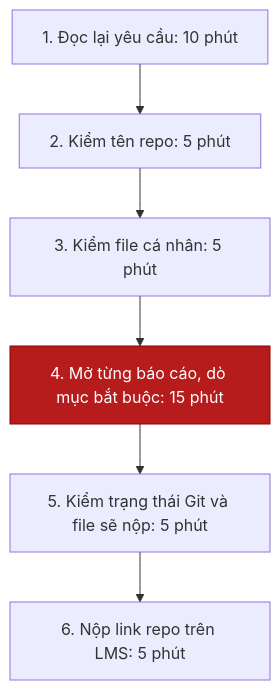
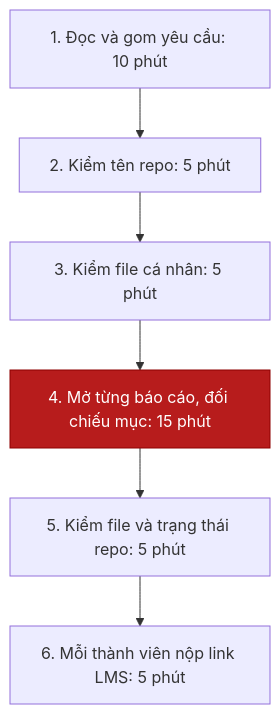
One commit to phamtuan2xx3-alt/K5-L3B-DAY02-E99-DiscoveryProblemFraming changed the second of 3 diagrams in report/team/group_report.md. Above: the diagram before and after it, drawn with Mermaid. The commit also changed other lines of this file, not shown here.

````diff
--- a/report/team/group_report.md
+++ b/report/team/group_report.md
@@ -198,9 +200,9 @@
 ```mermaid
 flowchart TD
-    A["1. Đọc lại yêu cầu: 10 phút"] --> B["2. Kiểm tên repo: 5 phút"]
+    A["1. Đọc và gom yêu cầu: 10 phút"] --> B["2. Kiểm tên repo: 5 phút"]
     B --> C["3. Kiểm file cá nhân: 5 phút"]
-    C --> D["4. Mở từng báo cáo, dò mục bắt buộc: 15 phút"]
-    D --> E["5. Kiểm trạng thái Git và file sẽ nộp: 5 phút"]
-    E --> F["6. Nộp link repo trên LMS: 5 phút"]
+    C --> D["4. Mở từng báo cáo, đối chiếu mục: 15 phút"]
+    D --> E["5. Kiểm file và trạng thái repo: 5 phút"]
+    E --> F["6. Mỗi thành viên nộp link LMS: 5 phút"]
     style D fill:#b71c1c,stroke:#8e0000,color:#ffffff
 ```
````
